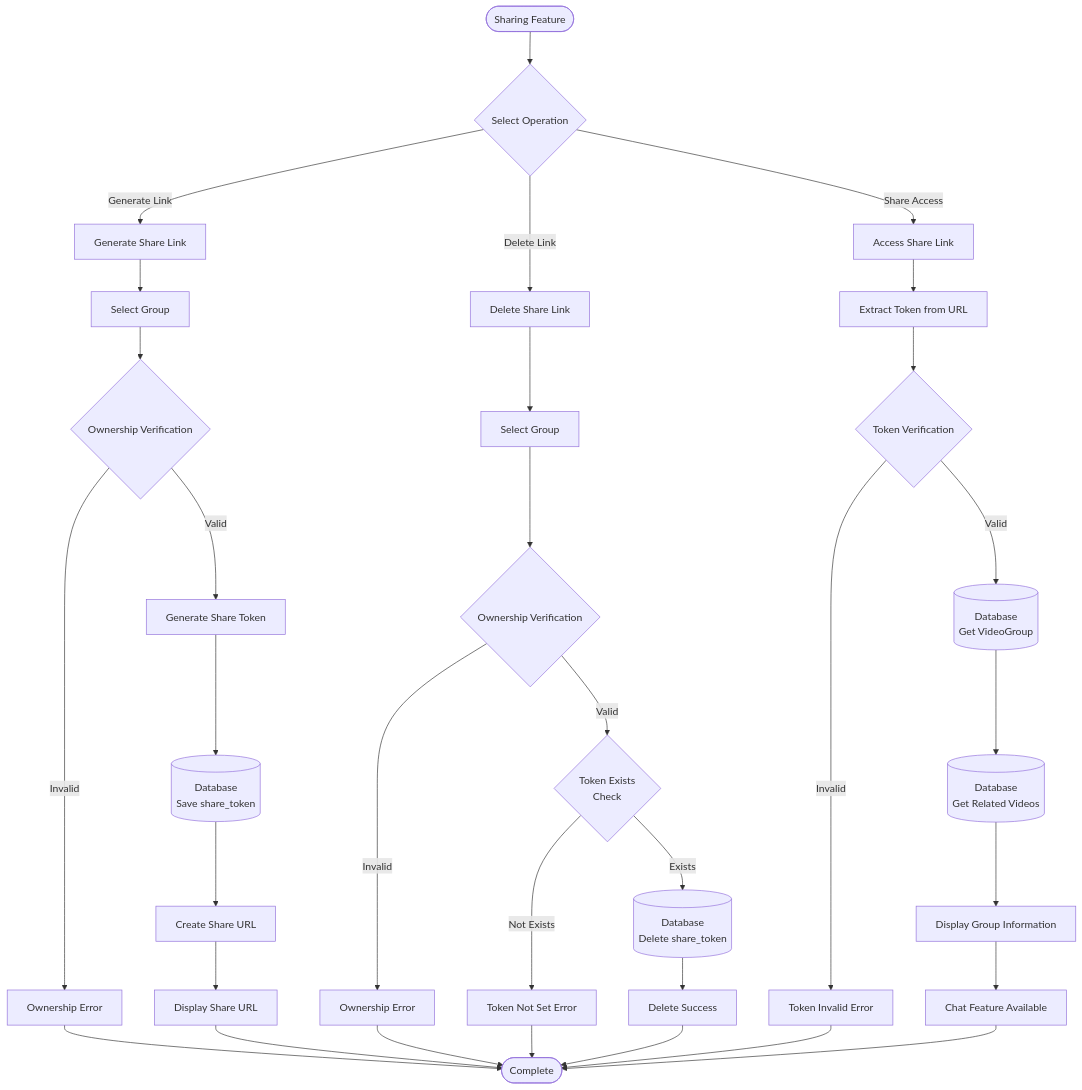
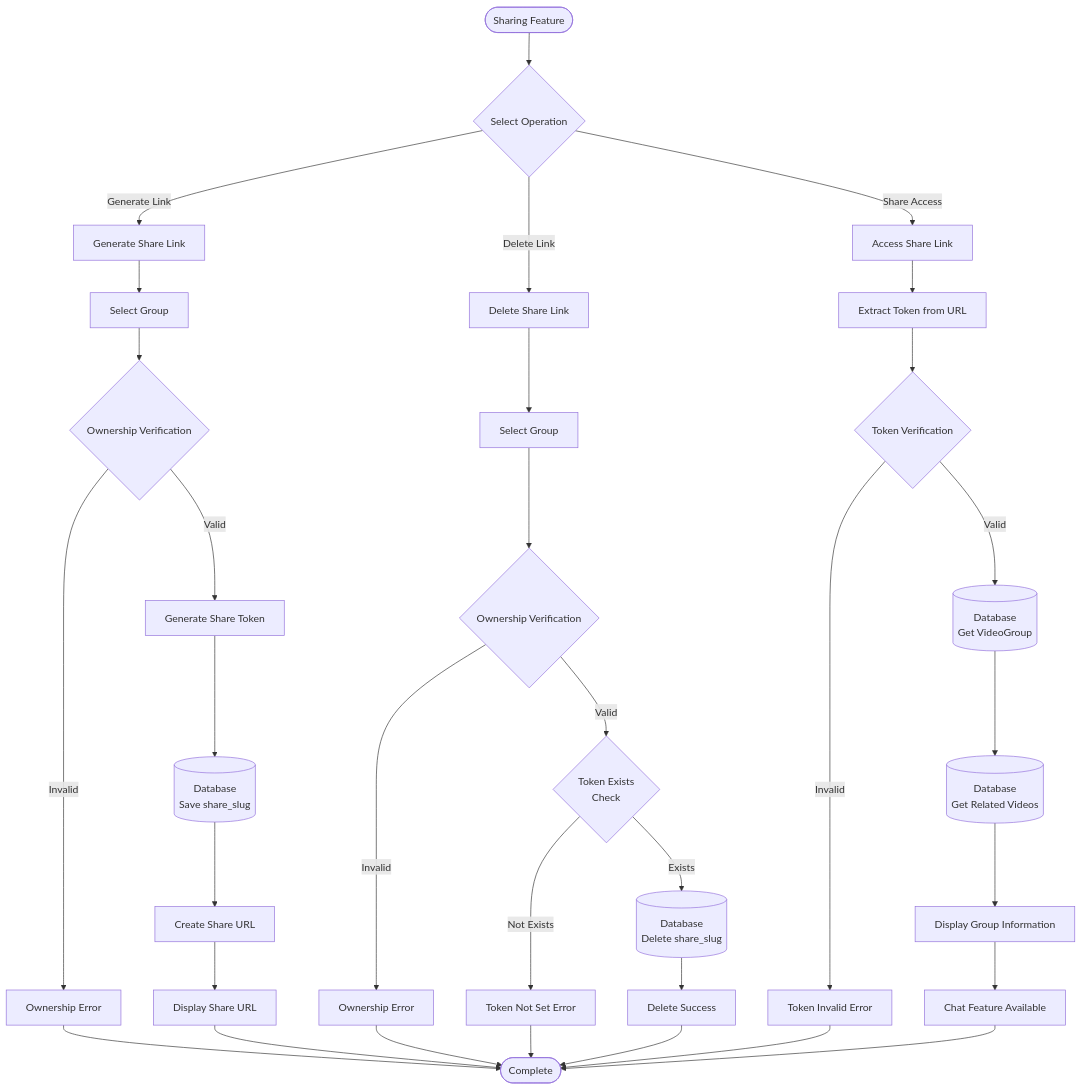
The fifth of 11 diagrams in docs/architecture/flowchart.md (yukiharada1228/videoq), drawn with Mermaid before and after one commit. The commit also changed other lines of this file and 12 other files, not shown here.

Commit message:
docs: update system design, sequence diagrams, database schemas, and requirements docs

````diff
--- a/docs/architecture/flowchart.md
+++ b/docs/architecture/flowchart.md
@@ -219,39 +219,39 @@
 ```mermaid
 flowchart TD
     Start([Sharing Feature]) --> Action{Select Operation}
     Action -->|Generate Link| Generate[Generate Share Link]
     Action -->|Delete Link| Delete[Delete Share Link]
     Action -->|Share Access| Access[Access Share Link]
     
     Generate --> SelectGroup[Select Group]
     SelectGroup --> ValidateOwner{Ownership Verification}
     ValidateOwner -->|Invalid| ErrorOwner[Ownership Error]
     ValidateOwner -->|Valid| GenerateToken[Generate Share Token]
-    GenerateToken --> SaveToken[(Database<br/>Save share_token)]
+    GenerateToken --> SaveToken[(Database<br/>Save share_slug)]
     SaveToken --> CreateURL[Create Share URL]
     CreateURL --> DisplayURL[Display Share URL]
     DisplayURL --> End([Complete])
     
     Delete --> SelectGroup2[Select Group]
     SelectGroup2 --> ValidateOwner2{Ownership Verification}
     ValidateOwner2 -->|Invalid| ErrorOwner2[Ownership Error]
     ValidateOwner2 -->|Valid| CheckToken{"Token Exists<br>Check"}
     CheckToken -->|Not Exists| ErrorNoToken[Token Not Set Error]
-    CheckToken -->|Exists| DeleteToken[(Database<br/>Delete share_token)]
+    CheckToken -->|Exists| DeleteToken[(Database<br/>Delete share_slug)]
     DeleteToken --> SuccessDelete[Delete Success]
     SuccessDelete --> End
     
     Access --> ExtractToken[Extract Token from URL]
     ExtractToken --> ValidateToken{Token Verification}
     ValidateToken -->|Invalid| ErrorToken[Token Invalid Error]
     ValidateToken -->|Valid| GetGroup[(Database<br/>Get VideoGroup)]
     GetGroup --> GetVideos[(Database<br/>Get Related Videos)]
     GetVideos --> DisplayGroup[Display Group Information]
     DisplayGroup --> AllowChat[Chat Feature Available]
     AllowChat --> End
     
     ErrorOwner --> End
     ErrorOwner2 --> End
     ErrorNoToken --> End
     ErrorToken --> End
 ```
````
